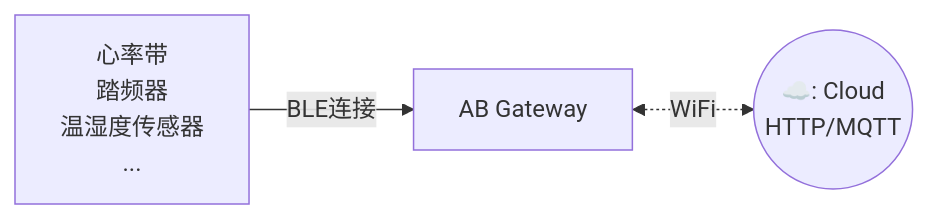
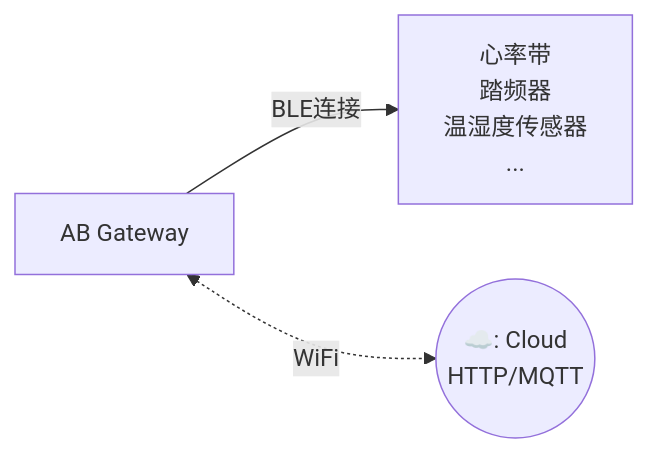
The second of 2 diagrams in src/zh/gateway_c3.md (AprilBrother/wiki.aprbrother), drawn with Mermaid before and after one commit. The commit also changed 1 other file, not shown here.

Commit message:
modi gw docs

````diff
--- a/src/zh/gateway_c3.md
+++ b/src/zh/gateway_c3.md
@@ -87,15 +87,15 @@
 ```mermaid
 flowchart LR
 B[AB Gateway]
 bleDevices["
 心率带
 踏频器
 温湿度传感器
 ...
 "]
 cloud(("☁️: Cloud
 HTTP/MQTT
 "))
-bleDevices-- BLE连接 -->B
+B-- BLE连接 -->bleDevices
 B <-. WiFi .-> cloud
 ```
````
